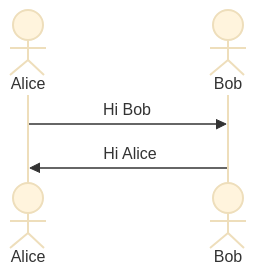
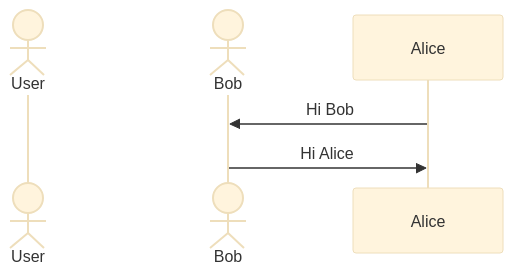
The diagram in docs/day3-4.md (kemjensak/isaac_sim_tutorial), drawn with Mermaid (base theme) before and after one commit. The commit also changed other lines of this file, not shown here.

````diff
--- a/docs/day3-4.md
+++ b/docs/day3-4.md
@@ -121,7 +121,7 @@
 ```mermaid 
 sequenceDiagram 
-	actor Alice
+	actor User
 	actor Bob
 	Alice->>Bob: Hi Bob
 	Bob->>Alice: Hi Alice
 ```
````
